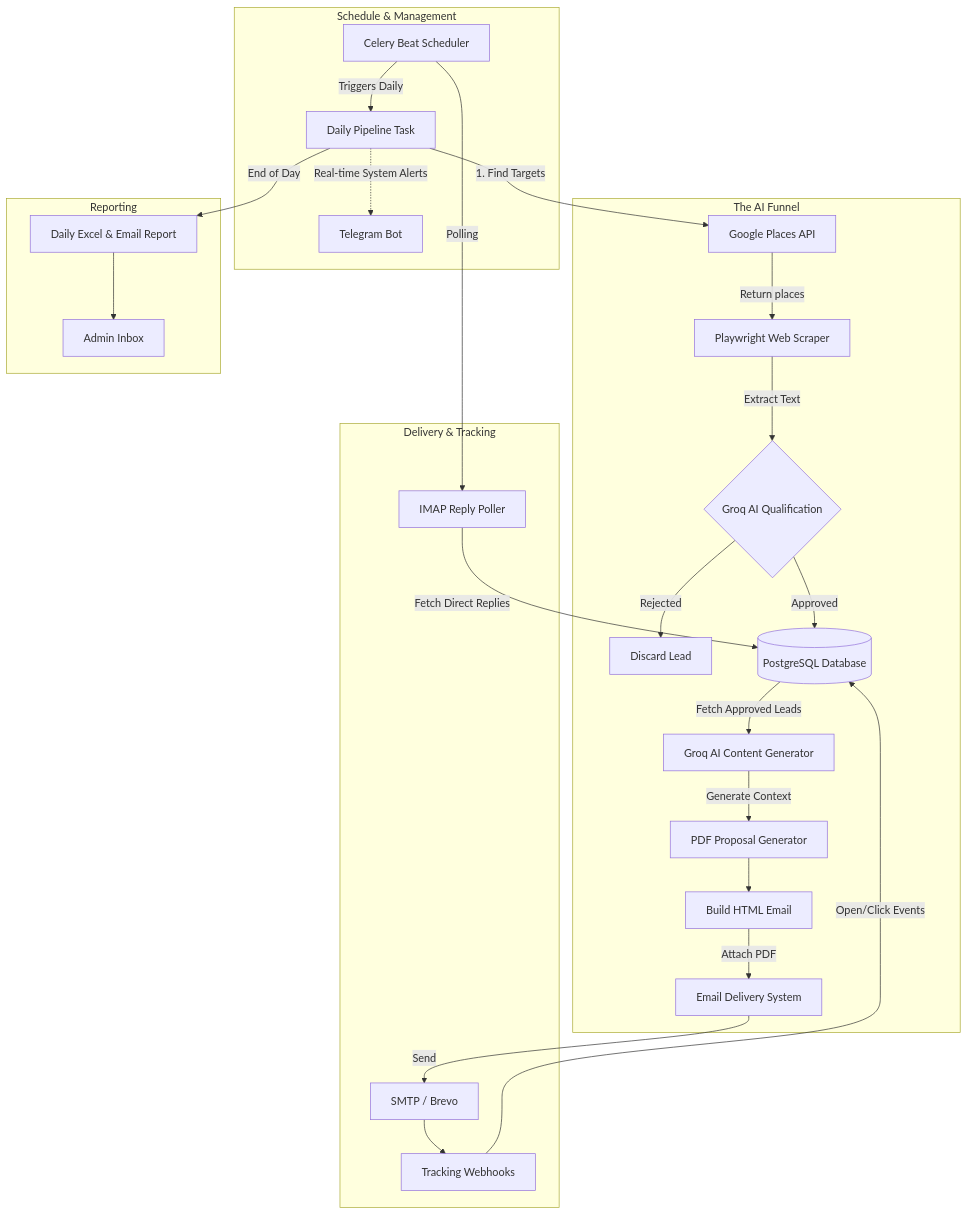
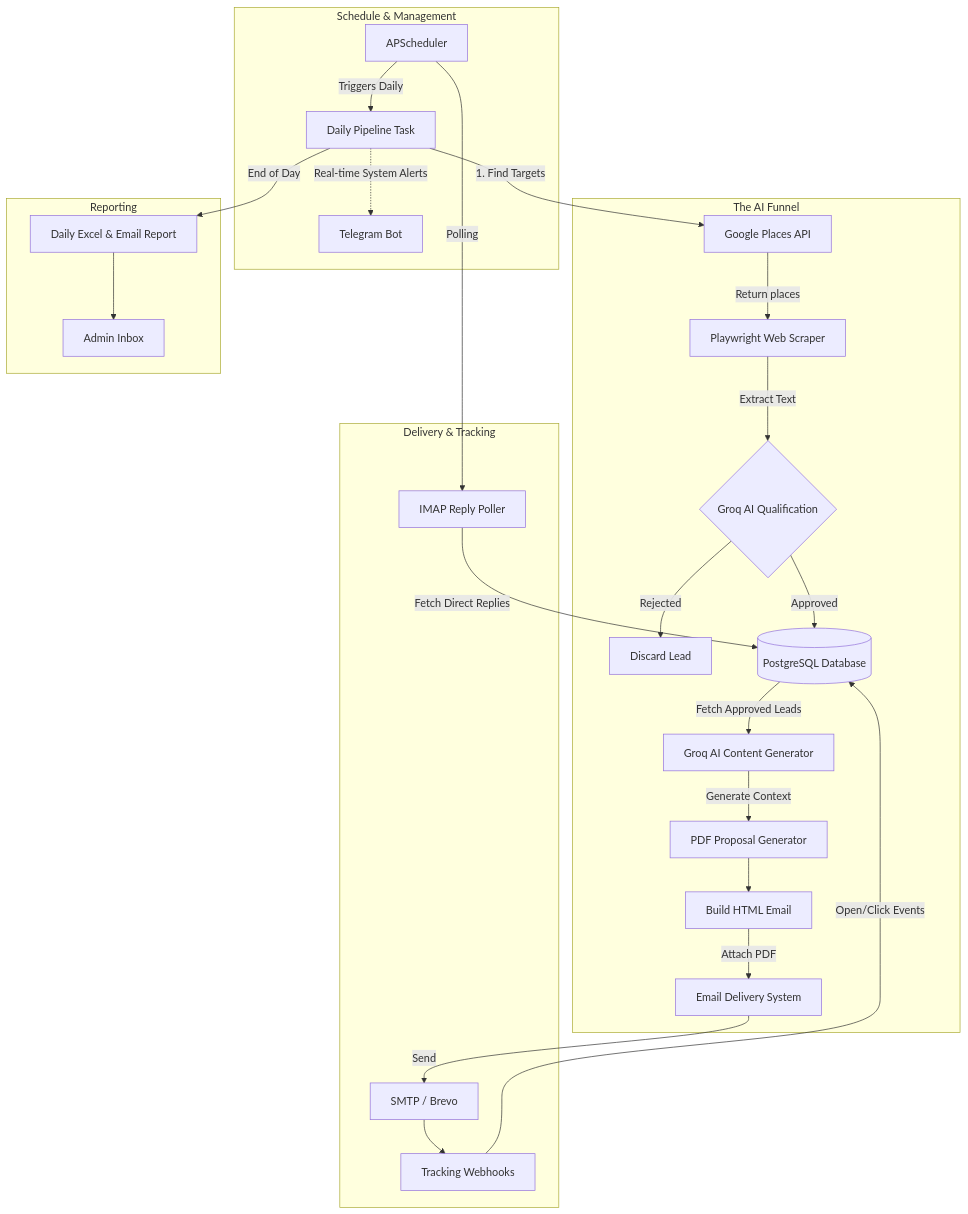
One commit to colddsam/AI-LEAD-GENERATION changed the diagram in README.md. Above: the diagram before and after it, drawn with Mermaid. The commit also changed other lines of this file and 20 other files, not shown here.

````diff
--- a/README.md
+++ b/README.md
@@ -73,34 +73,34 @@
 ```mermaid
 graph TD;
     subgraph "Schedule & Management"
-        Cron[Celery Beat Scheduler] -->|Triggers Daily| Pipeline[Daily Pipeline Task]
+        Cron[APScheduler] -->|Triggers Daily| Pipeline[Daily Pipeline Task]
         Pipeline -.->|Real-time System Alerts| Telegram[Telegram Bot]
     end
 
     subgraph "The AI Funnel"
         Pipeline -->|1. Find Targets| GooglePlaces[Google Places API]
         GooglePlaces -->|Return places| Scraper[Playwright Web Scraper]
       
         Scraper -->|Extract Text| AI_Qualify{Groq AI Qualification}
         AI_Qualify -- Rejected --> Drop[Discard Lead]
         AI_Qualify -- Approved --> DB[(PostgreSQL Database)]
 
         DB -->|Fetch Approved Leads| AI_Personalize[Groq AI Content Generator]
         AI_Personalize -->|Generate Context| PDFGen[PDF Proposal Generator]
         PDFGen --> EmailBuilder[Build HTML Email]
         EmailBuilder -->|Attach PDF| Mailer[Email Delivery System]
     end
 
     subgraph "Delivery & Tracking"
         Mailer -->|Send| ClientOutbox[SMTP / Brevo]
         ClientOutbox --> Webhook[Tracking Webhooks]
         Webhook -->|Open/Click Events| DB
         Cron -->|Polling| Poller[IMAP Reply Poller]
         Poller -->|Fetch Direct Replies| DB
     end
 
     subgraph "Reporting"
         Pipeline -->|End of Day| Reporter[Daily Excel & Email Report]
         Reporter --> Admin[Admin Inbox]
     end
 ```
````
